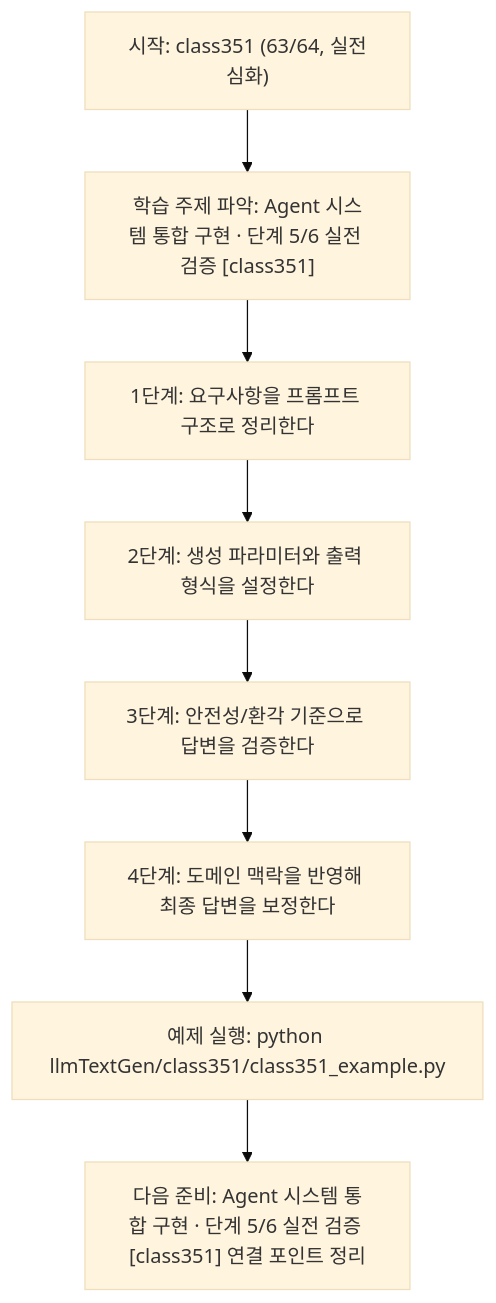
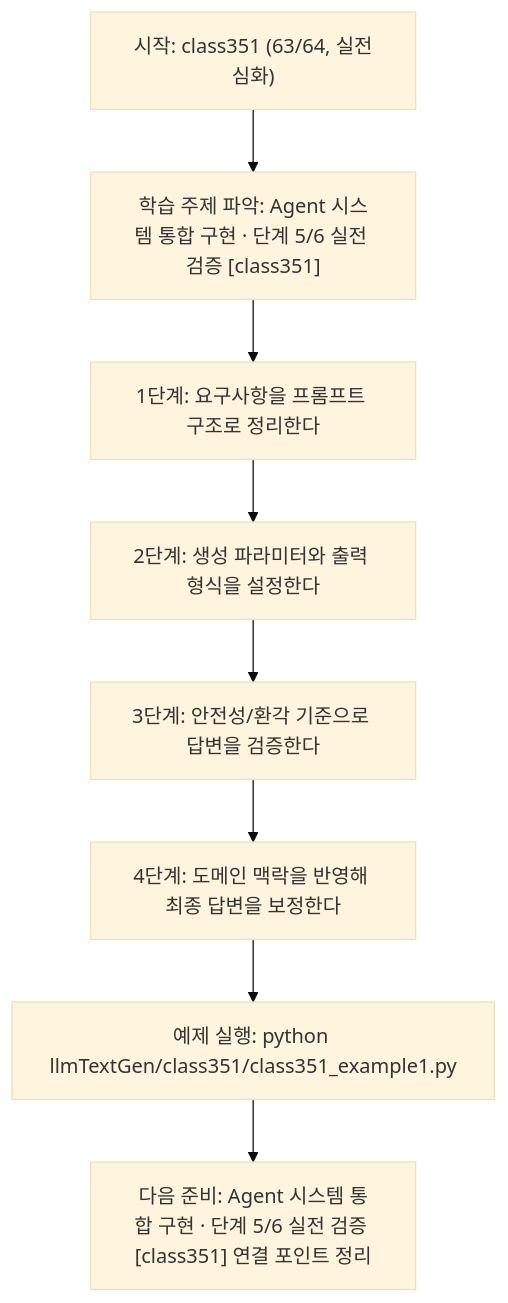
One commit to edumgt/Python-AI_Agent-Class changed the diagram in llmTextGen/class351/class351.md. Above: the diagram before and after it, drawn with Mermaid (base theme). The commit also changed other lines of this file and 2959 other files, not shown here.

````diff
--- a/llmTextGen/class351/class351.md
+++ b/llmTextGen/class351/class351.md
@@ -115,18 +115,18 @@
 ```mermaid
 flowchart TD
 N1["시작: class351 (63/64, 실전심화)"]
 N2["학습 주제 파악: Agent 시스템 통합 구현 · 단계 5/6 실전 검증 [class351]"]
 N3["1단계: 요구사항을 프롬프트 구조로 정리한다"]
 N4["2단계: 생성 파라미터와 출력 형식을 설정한다"]
 N5["3단계: 안전성/환각 기준으로 답변을 검증한다"]
 N6["4단계: 도메인 맥락을 반영해 최종 답변을 보정한다"]
-N7["예제 실행: python llmTextGen/class351/class351_example.py"]
+N7["예제 실행: python llmTextGen/class351/class351_example1.py"]
 N8["다음 준비: Agent 시스템 통합 구현 · 단계 5/6 실전 검증 [class351] 연결 포인트 정리"]
 N1 --> N2
 N2 --> N3
 N3 --> N4
 N4 --> N5
 N5 --> N6
 N6 --> N7
 N7 --> N8
 ```
````
